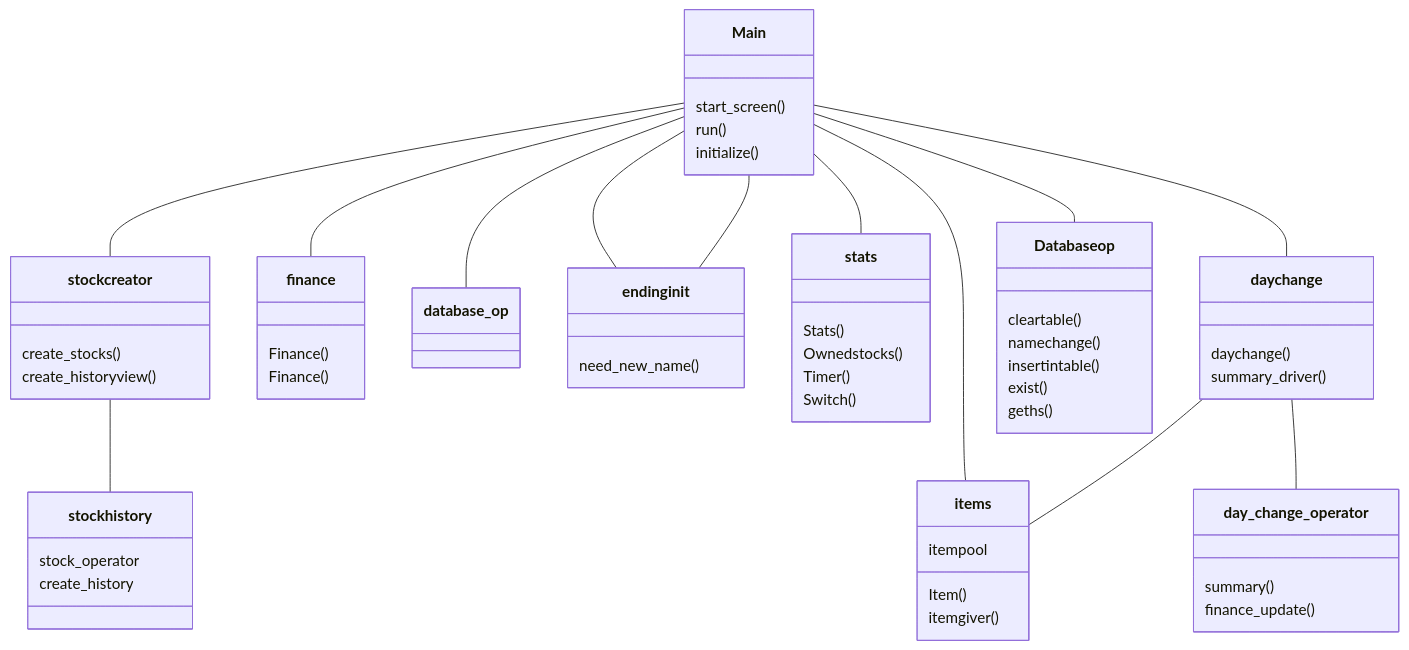
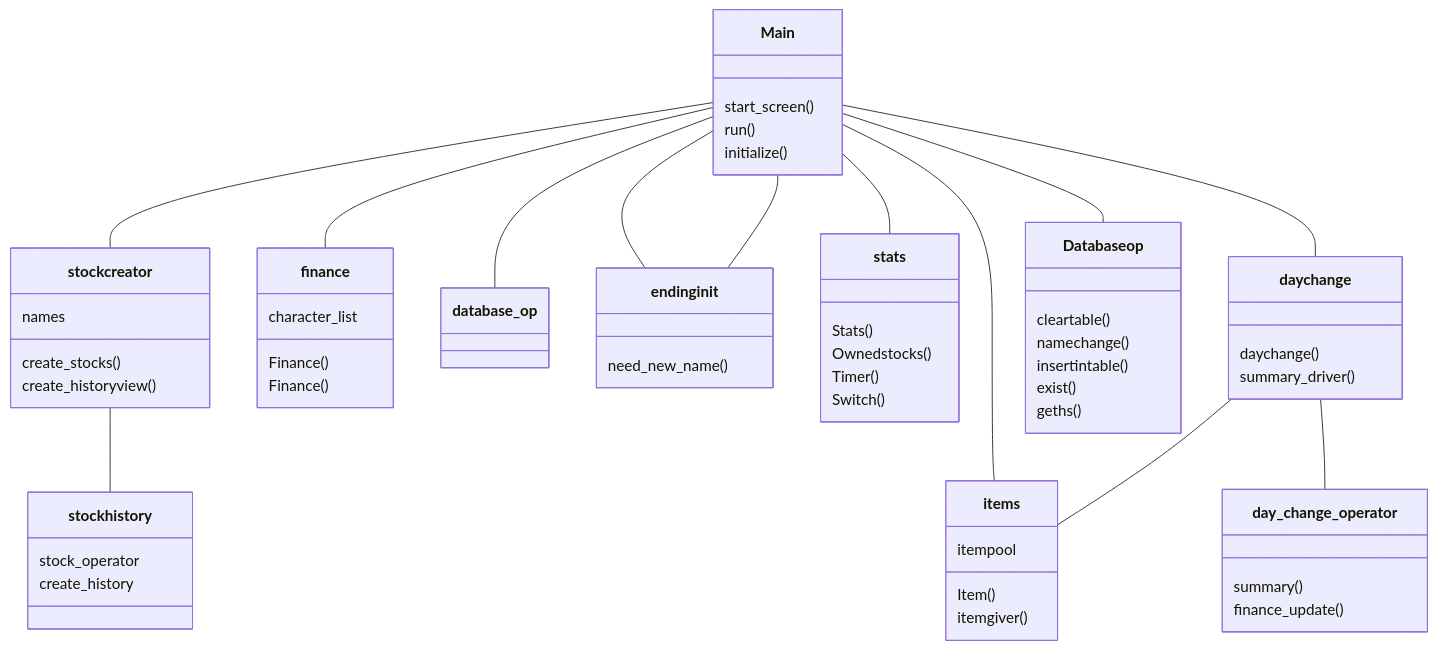
One commit to sepaww/ot-harjoitustyo changed the second of 6 diagrams in dokumentaatio/arkkitehtuuri.md. Above: the diagram before and after it, drawn with Mermaid. The commit also changed other lines of this file, not shown here.

Commit message:
updated information of sequences

````diff
--- a/dokumentaatio/arkkitehtuuri.md
+++ b/dokumentaatio/arkkitehtuuri.md
@@ -96,71 +99,73 @@
  ```mermaid
  classDiagram
       Main -- stockcreator
        Main -- finance
         Main -- items
          Main -- database_op
          Main -- endinginit
          Main -- stats
          Main -- daychange
          Main -- endinginit
          Main -- Databaseop
          daychange -- day_change_operator
          daychange -- items
       class Main{
           start_screen()
           run()
           initialize()
       }
       class items{
           Item()
           itempool
           itemgiver()
       }
       stockcreator -- stockhistory
       class stockcreator{
+          names
           create_stocks()
           create_historyview()
           
       }
       
       class stockhistory{
           stock_operator
           create_history
           
       }
       
       class Databaseop{
           cleartable()
           namechange()
           insertintable()
           exist()
           geths()
           
       }
       
       class finance{
           Finance()
       }
       class stats{
       Stats()
       Ownedstocks()
       Timer()
       Switch()
           
       }
       class finance{
+      character_list
       Finance()
       }
       class daychange{
       daychange()
       summary_driver()
       }
       class day_change_operator{
       summary()
       finance_update()
       }
       class endinginit{
       need_new_name()
       }
       
 ```
````
